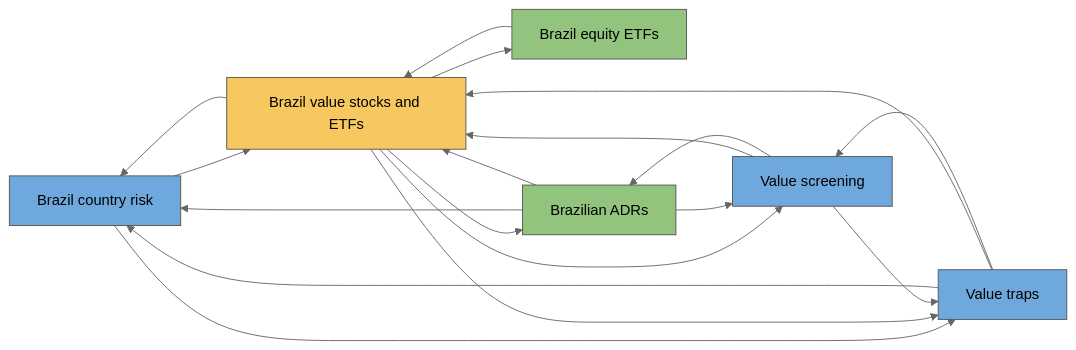
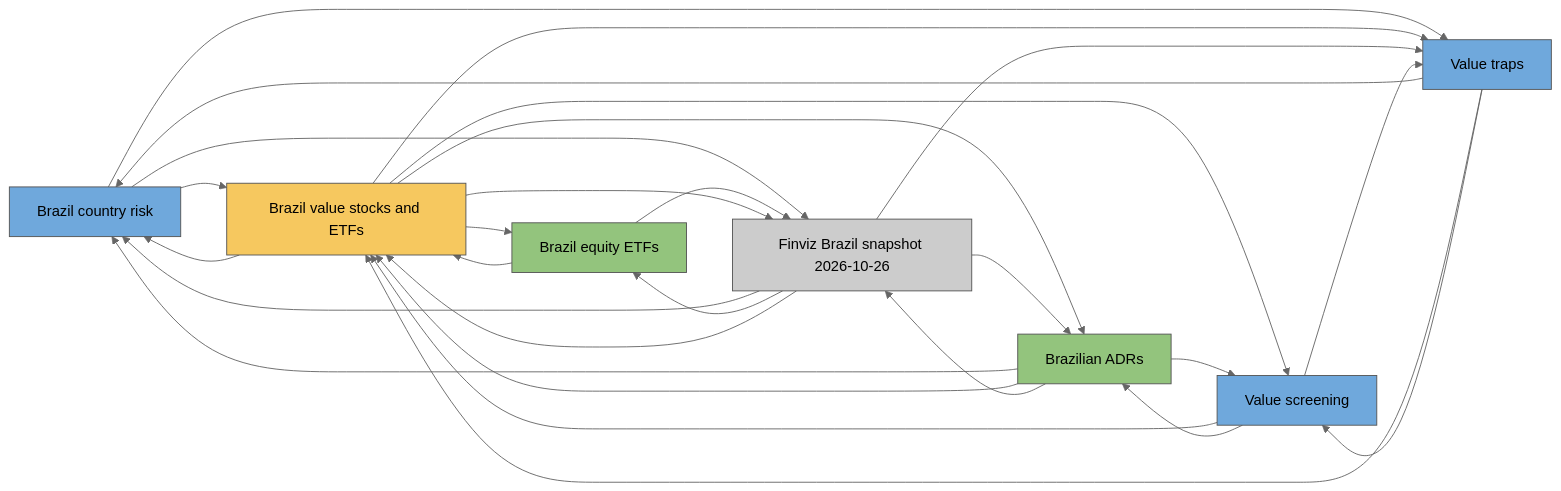
One commit to Traaa1234/wei-ideas-brain changed the diagram in wiki/graph.md. Above: the diagram before and after it, drawn with Mermaid (neutral theme). The commit also changed other lines of this file and 9 other files, not shown here.

First line of the commit message:
Ingest Finviz Brazil snapshot (2026-10-26 post-election close); fill starting numbers and stock screen

````diff
--- a/wiki/graph.md
+++ b/wiki/graph.md
@@ -14,31 +14,41 @@
 ```mermaid
 graph LR
   classDef idea fill:#f6c85f,stroke:#555,color:#000
   classDef concept fill:#6fa8dc,stroke:#555,color:#000
   classDef entity fill:#93c47d,stroke:#555,color:#000
   classDef question fill:#c27ba0,stroke:#555,color:#000
   classDef source fill:#cccccc,stroke:#555,color:#000
   n_brazil_country_risk["Brazil country risk"]:::concept
   n_brazil_equity_etfs["Brazil equity ETFs"]:::entity
   n_brazil_value_stocks_and_etfs["Brazil value stocks and ETFs"]:::idea
   n_brazilian_adrs["Brazilian ADRs"]:::entity
+  n_finviz_brazil_snapshot_2026_10_26["Finviz Brazil snapshot 2026-10-26"]:::source
   n_value_screening["Value screening"]:::concept
   n_value_traps["Value traps"]:::concept
   n_brazil_country_risk --> n_brazil_value_stocks_and_etfs
+  n_brazil_country_risk --> n_finviz_brazil_snapshot_2026_10_26
   n_brazil_country_risk --> n_value_traps
   n_brazil_equity_etfs --> n_brazil_value_stocks_and_etfs
+  n_brazil_equity_etfs --> n_finviz_brazil_snapshot_2026_10_26
   n_brazil_value_stocks_and_etfs --> n_brazil_country_risk
   n_brazil_value_stocks_and_etfs --> n_brazil_equity_etfs
   n_brazil_value_stocks_and_etfs --> n_brazilian_adrs
+  n_brazil_value_stocks_and_etfs --> n_finviz_brazil_snapshot_2026_10_26
   n_brazil_value_stocks_and_etfs --> n_value_screening
   n_brazil_value_stocks_and_etfs --> n_value_traps
   n_brazilian_adrs --> n_brazil_country_risk
   n_brazilian_adrs --> n_brazil_value_stocks_and_etfs
+  n_brazilian_adrs --> n_finviz_brazil_snapshot_2026_10_26
   n_brazilian_adrs --> n_value_screening
+  n_finviz_brazil_snapshot_2026_10_26 --> n_brazil_country_risk
+  n_finviz_brazil_snapshot_2026_10_26 --> n_brazil_equity_etfs
+  n_finviz_brazil_snapshot_2026_10_26 --> n_brazil_value_stocks_and_etfs
+  n_finviz_brazil_snapshot_2026_10_26 --> n_brazilian_adrs
+  n_finviz_brazil_snapshot_2026_10_26 --> n_value_traps
   n_value_screening --> n_brazil_value_stocks_and_etfs
   n_value_screening --> n_brazilian_adrs
   n_value_screening --> n_value_traps
   n_value_traps --> n_brazil_country_risk
   n_value_traps --> n_brazil_value_stocks_and_etfs
   n_value_traps --> n_value_screening
 ```
````
